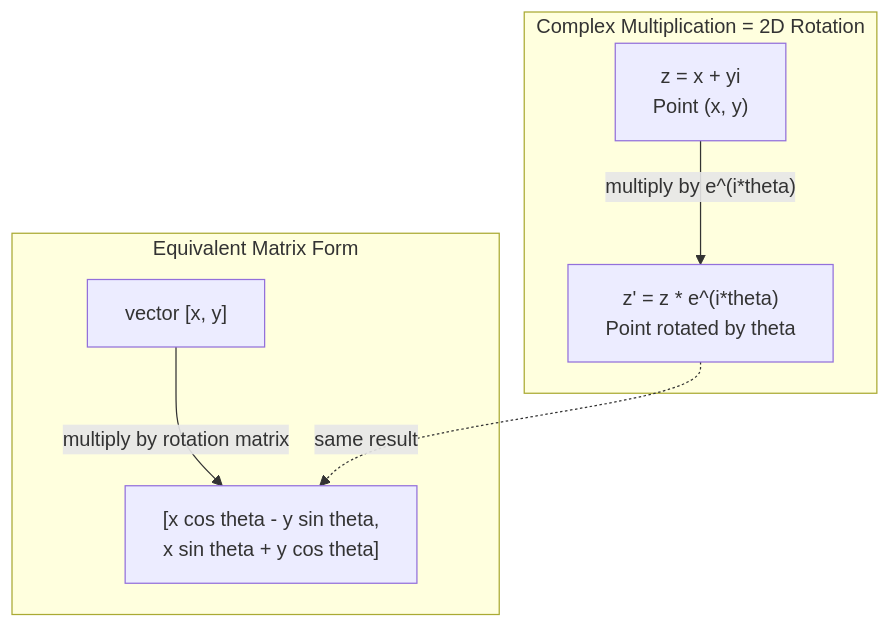
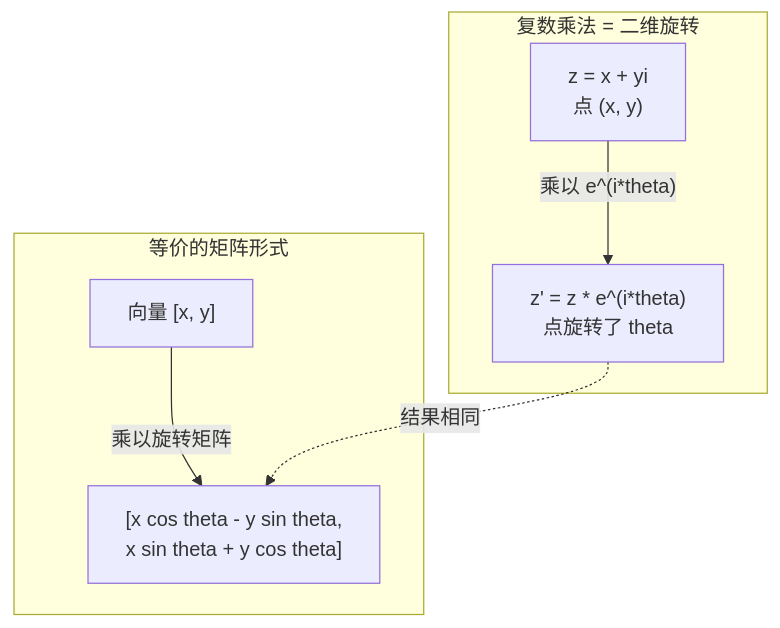
The first of 2 diagrams in phases/01-math-foundations/19-complex-numbers/docs/zh.md (JerryC8080/ai-engineering-from-scratch-zh), drawn with Mermaid before and after one commit. The commit also changed other lines of this file and 156 other files, not shown here.

First line of the commit message:
i18n(zh): translate mermaid diagram labels in 157 lesson zh.md

````diff
--- a/phases/01-math-foundations/19-complex-numbers/docs/zh.md
+++ b/phases/01-math-foundations/19-complex-numbers/docs/zh.md
@@ -165,10 +165,10 @@
 ```mermaid
 graph TD
-    subgraph "Complex Multiplication = 2D Rotation"
-        A["z = x + yi<br/>Point (x, y)"] -->|"multiply by e^(i*theta)"| B["z' = z * e^(i*theta)<br/>Point rotated by theta"]
+    subgraph "复数乘法 = 二维旋转"
+        A["z = x + yi<br/>点 (x, y)"] -->|"乘以 e^(i*theta)"| B["z' = z * e^(i*theta)<br/>点旋转了 theta"]
     end
-    subgraph "Equivalent Matrix Form"
-        C["vector [x, y]"] -->|"multiply by rotation matrix"| D["[x cos theta - y sin theta,<br/> x sin theta + y cos theta]"]
+    subgraph "等价的矩阵形式"
+        C["向量 [x, y]"] -->|"乘以旋转矩阵"| D["[x cos theta - y sin theta,<br/> x sin theta + y cos theta]"]
     end
-    B -.->|"same result"| D
+    B -.->|"结果相同"| D
 ```
````
